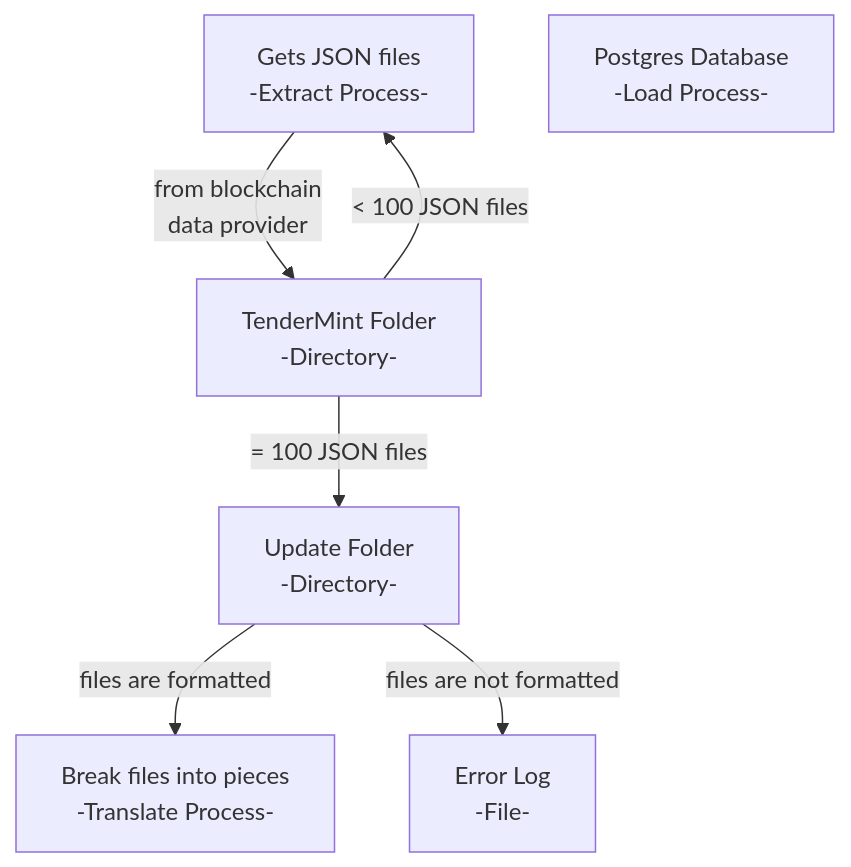
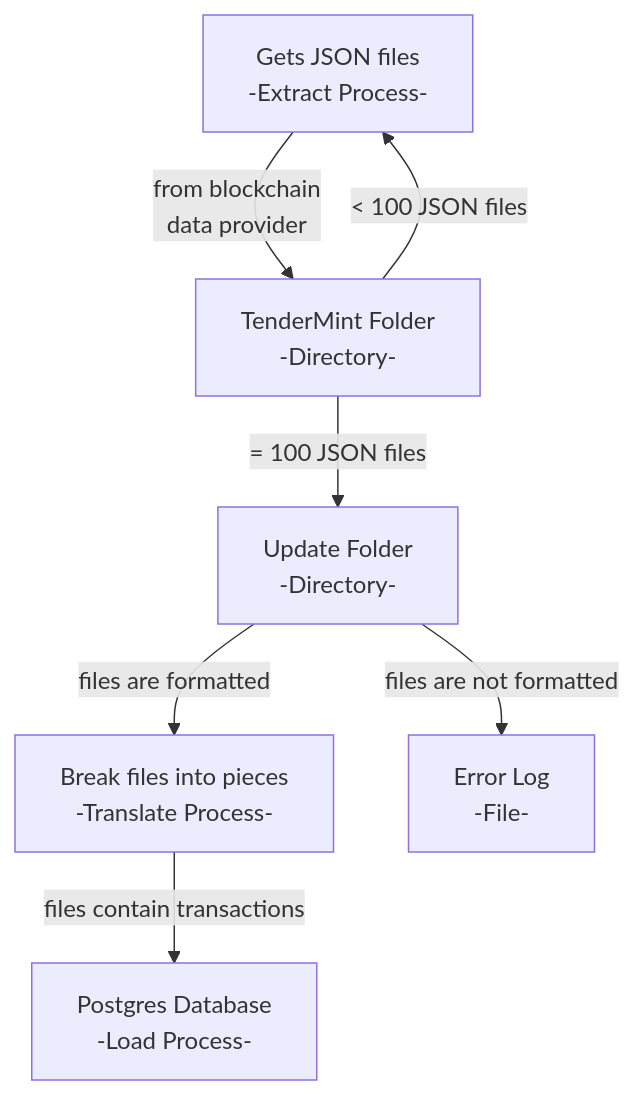
One commit to patmcfarland/one changed the diagram in README.md. Above: the diagram before and after it, drawn with Mermaid.

````diff
--- a/README.md
+++ b/README.md
@@ -1,13 +1,14 @@
 ```mermaid
 flowchart TD
 A[Gets JSON files<br>-Extract Process-]
 A -- from blockchain<br>data provider --> B
 B[TenderMint Folder<br>-Directory-]
 B -- = 100 JSON files --> C[Update Folder<br>-Directory-]
 B -- < 100 JSON files --> A
 C -- files are formatted --> D
 D[Break files into pieces<br>-Translate Process-]
 C -- files are not formatted --> E
 E[Error Log<br>-File-]
 F[Postgres Database<br>-Load Process-]
+D -- files contain transactions --> F
 ```
````
